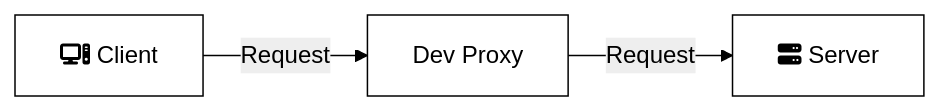
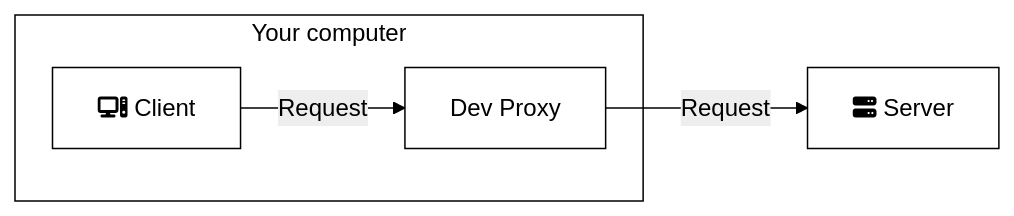
The diagram in img/proxy.mermaid (peterneave/devproxy), drawn with Mermaid before and after one commit. The commit also changed 3 other files, not shown here.

```diff
--- a/img/proxy.mermaid
+++ b/img/proxy.mermaid
@@ -1,15 +1,22 @@
 ---
 config:
   theme: base
   themeVariables:
     primaryColor: '#fff'
     primaryTextColor: '#000'
     primaryBorderColor: '#000'
     lineColor: '#000'
     secondaryColor: '#eee'
     tertiaryColor: '#fff'
 ---
-
 flowchart LR
-    A[fa:fa-computer Client] -->|Request| B(Proxy)
-    B[Dev Proxy] -->|Request| C[fa:fa-server Server]
+ subgraph YourComputer["Your computer"]
+        Client["fa:fa-computer Client"]
+        DevProxy["Dev Proxy"]
+  end
+    Client -- Request --> DevProxy
+    DevProxy -- Request --> Server["fa:fa-server Server"]
+    style Client stroke-width:1px,stroke-dasharray: 0,stroke:#000000
+    style DevProxy stroke:#000000
+    style Server stroke-width:1px,stroke-dasharray: 0,stroke:#000000
+    style YourComputer stroke:#000000
```
